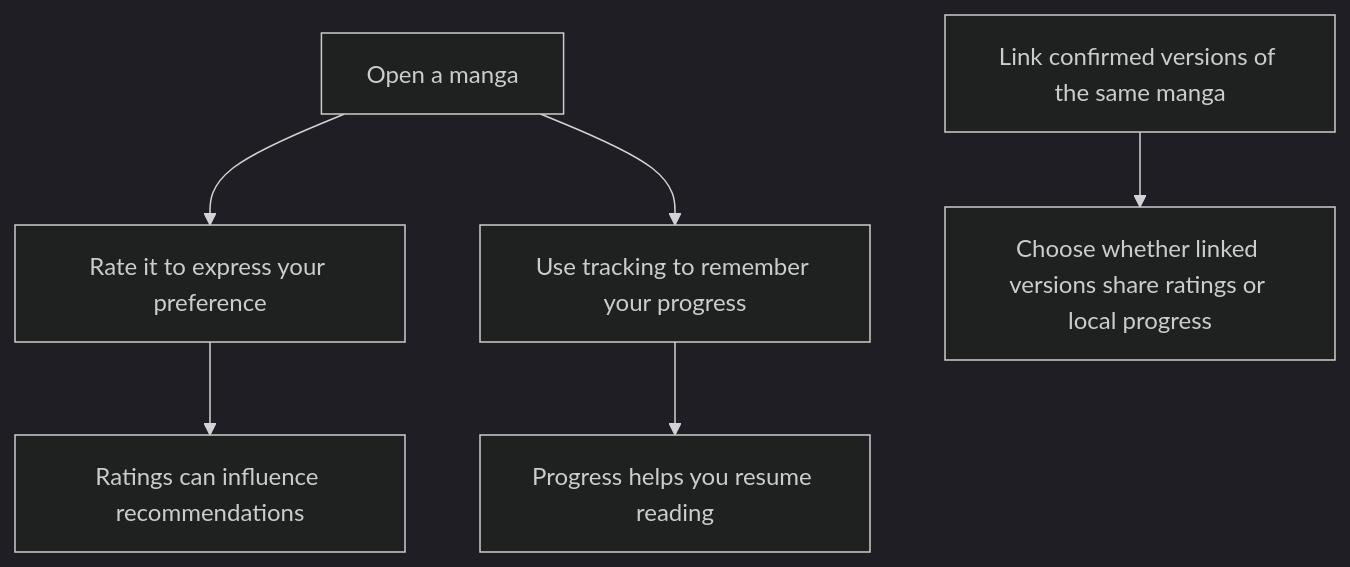
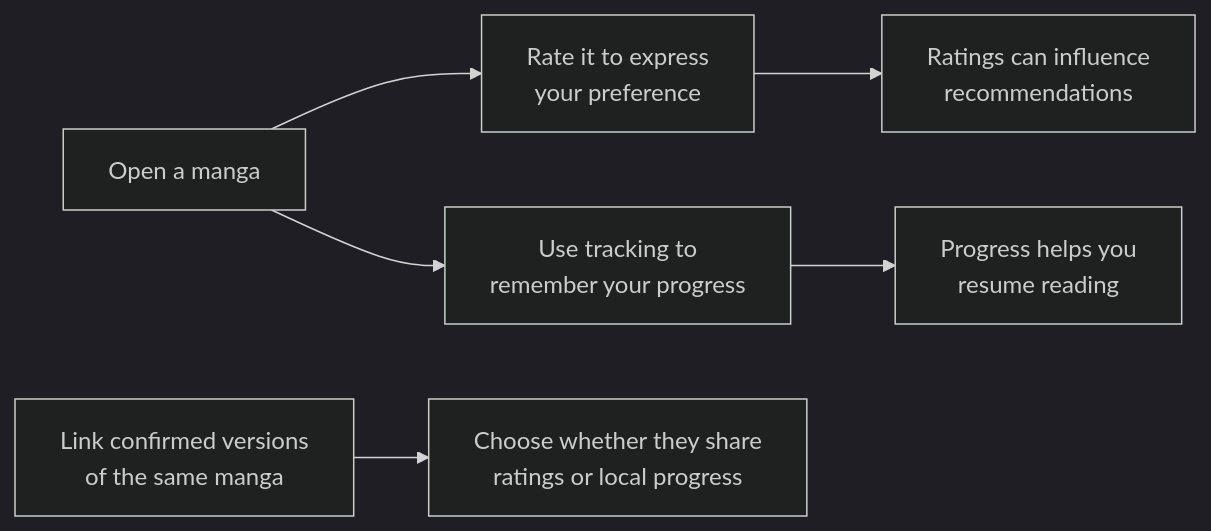
One commit to FancyCorey/komikku-fc changed the second of 5 diagrams in docs/kmk/feature-guides/overview.md. Above: the diagram before and after it, drawn with Mermaid (dark theme). The commit also changed other lines of this file and 93 other files, not shown here.

````diff
--- a/docs/kmk/feature-guides/overview.md
+++ b/docs/kmk/feature-guides/overview.md
@@ -35,8 +35,8 @@
 ```mermaid
-flowchart TD
-    Manga["Open a manga"] --> Rating["Rate it to express your preference"]
-    Manga --> Track["Use tracking to remember your progress"]
-    Rating --> Recommendations["Ratings can influence recommendations"]
-    Track --> Reading["Progress helps you resume reading"]
-    Link["Link confirmed versions of the same manga"] --> Settings["Choose whether linked versions share ratings or local progress"]
+flowchart LR
+    Manga["Open a manga"] --> Rating["Rate it to express<br/>your preference"]
+    Manga --> Track["Use tracking to<br/>remember your progress"]
+    Rating --> Recommendations["Ratings can influence<br/>recommendations"]
+    Track --> Reading["Progress helps you<br/>resume reading"]
+    Link["Link confirmed versions<br/>of the same manga"] --> Settings["Choose whether they share<br/>ratings or local progress"]
 ```
````
